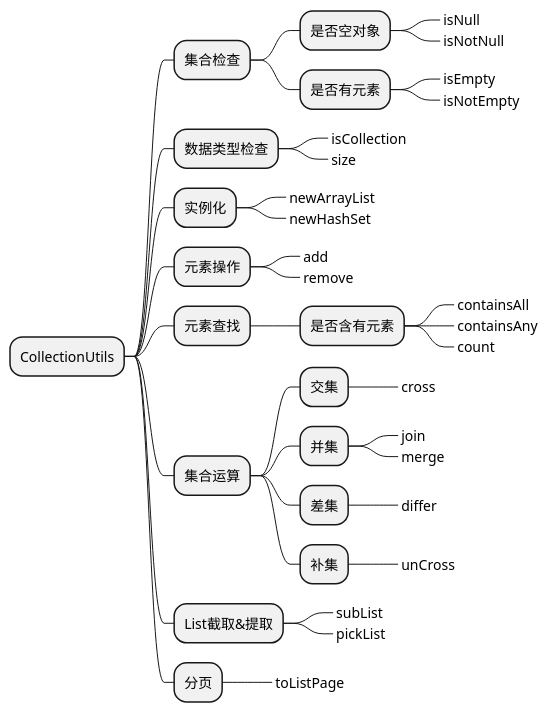
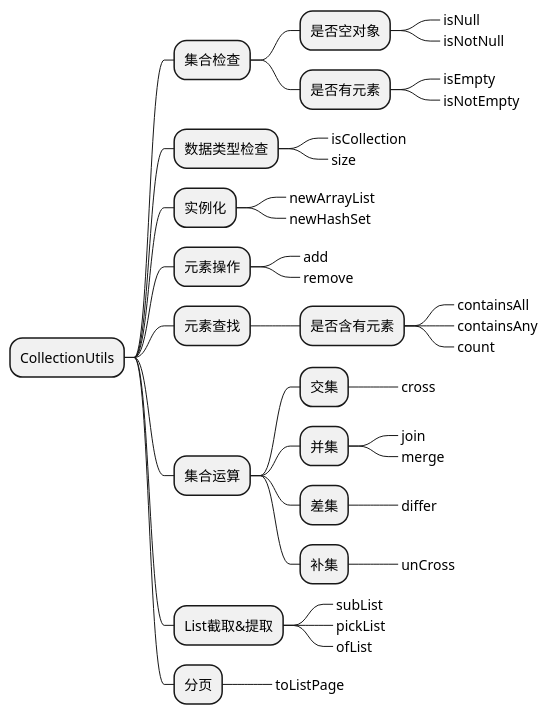
One commit to akudy/beehive-parent changed the diagram in beehive-core/src/main/resources/design-thought/util/CollectionUtils-function.puml. Above: the diagram before and after it, drawn with PlantUML. The commit also changed 13 other files, not shown here.

```diff
--- a/beehive-core/src/main/resources/design-thought/util/CollectionUtils-function.puml
+++ b/beehive-core/src/main/resources/design-thought/util/CollectionUtils-function.puml
@@ -1,48 +1,49 @@
 @startmindmap
 
 * CollectionUtils
 ** 集合检查
 ***  是否空对象
 ****_ isNull
 ****_ isNotNull
 *** 是否有元素
 ****_ isEmpty
 ****_ isNotEmpty
 
 ** 数据类型检查
 ***_ isCollection
 ***_ size
 
 ** 实例化
 ***_ newArrayList
 ***_ newHashSet
 
 ** 元素操作
 ***_ add
 ***_ remove
 
 ** 元素查找
 *** 是否含有元素
 ****_ containsAll
 ****_ containsAny
 ****_ count
 
 ** 集合运算
 *** 交集
 ****_ cross
 *** 并集
 ****_ join
 ****_ merge
 *** 差集
 ****_ differ
 *** 补集
 ****_ unCross
 
 ** List截取&提取
 ***_ subList
 ***_ pickList
+***_ ofList
 
 ** 分页
 ***_ toListPage
 
 @endmindmap
```
